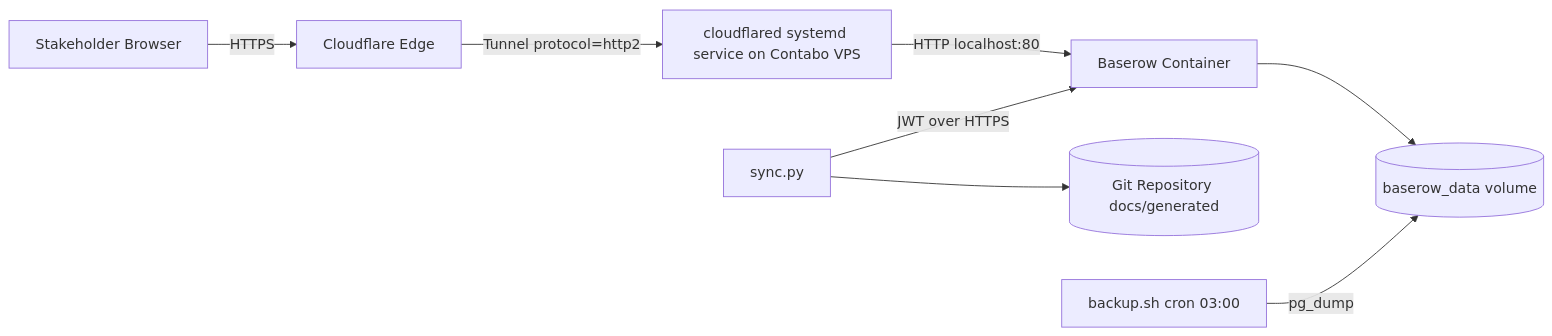
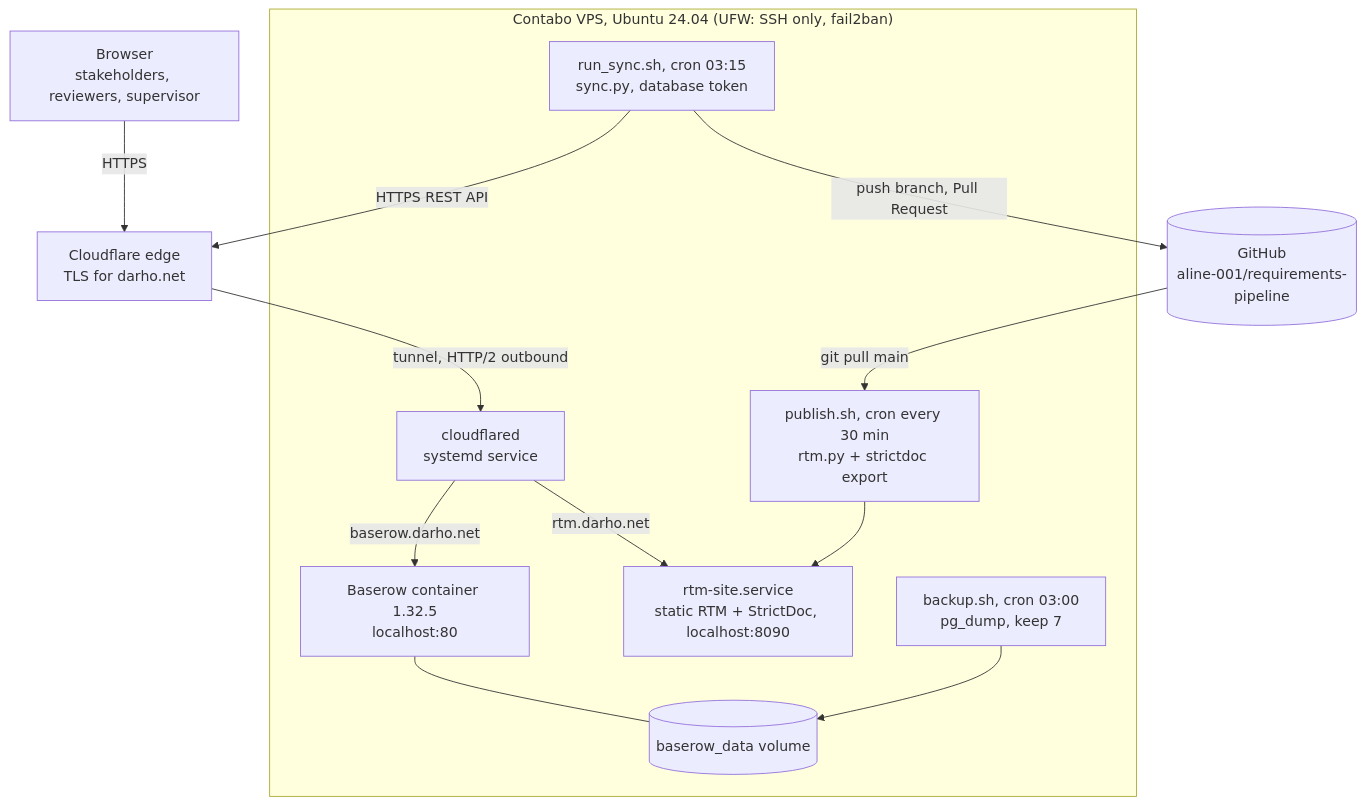
Before and after one commit to aline-001/requirements-pipeline: the third of 6 diagrams in SUBMISSION.md, drawn with Mermaid. The commit also changed other lines of this file, not shown here.

Commit message:
Update submission: StrictDoc, RTM site, new sync

````diff
--- a/SUBMISSION.md
+++ b/SUBMISSION.md
@@ -193,11 +428,19 @@
 ```mermaid
-flowchart LR
-    Browser[Stakeholder Browser] -->|HTTPS| CF[Cloudflare Edge]
-    CF -->|Tunnel protocol=http2| CFD[cloudflared systemd service on Contabo VPS]
-    CFD -->|HTTP localhost:80| Baserow[Baserow Container]
-    Baserow --> Vol[(baserow_data volume)]
-    Sync[sync.py] -->|JWT over HTTPS| Baserow
-    Sync --> Git[(Git Repository docs/generated)]
-    Backup[backup.sh cron 03:00] -->|pg_dump| Vol
+flowchart TB
+    Browser["Browser<br/>stakeholders, reviewers, supervisor"] -->|HTTPS| CF["Cloudflare edge<br/>TLS for darho.net"]
+    CF -->|"tunnel, HTTP/2 outbound"| CFD
 
+    subgraph VPS["Contabo VPS, Ubuntu 24.04 (UFW: SSH only, fail2ban)"]
+        CFD["cloudflared<br/>systemd service"]
+        CFD -->|"baserow.darho.net"| Baserow["Baserow container 1.32.5<br/>localhost:80"]
+        CFD -->|"rtm.darho.net"| Site["rtm-site.service<br/>static RTM + StrictDoc, localhost:8090"]
+        Baserow --- Vol[("baserow_data volume")]
+        Backup["backup.sh, cron 03:00<br/>pg_dump, keep 7"] --> Vol
+        Sync["run_sync.sh, cron 03:15<br/>sync.py, database token"]
+        Publish["publish.sh, cron every 30 min<br/>rtm.py + strictdoc export"] --> Site
+    end
+
+    Sync -->|"HTTPS REST API"| CF
+    Sync -->|"push branch, Pull Request"| Git[("GitHub<br/>aline-001/requirements-pipeline")]
+    Git -->|"git pull main"| Publish
 ```
````
